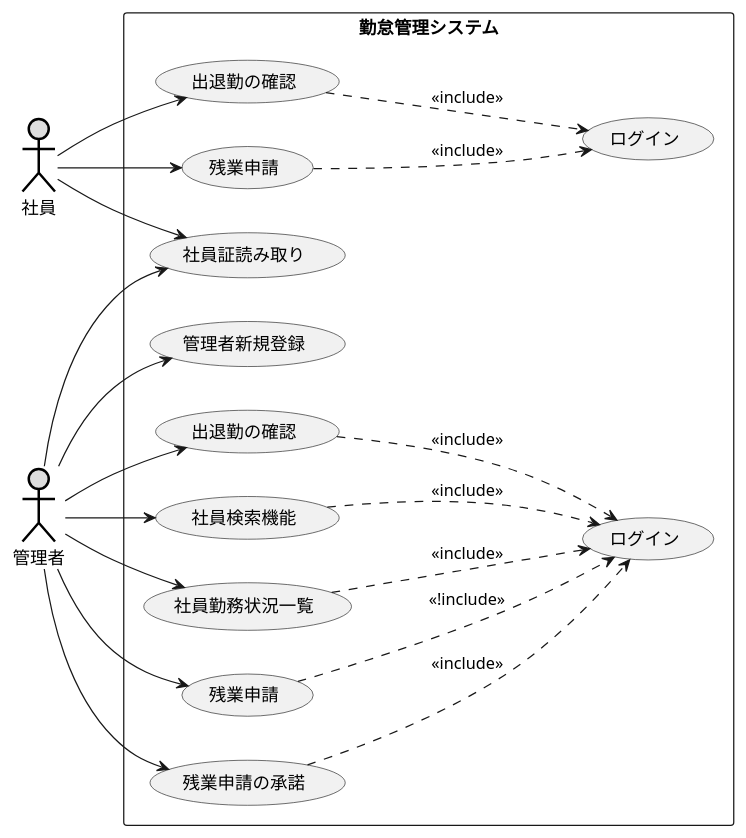
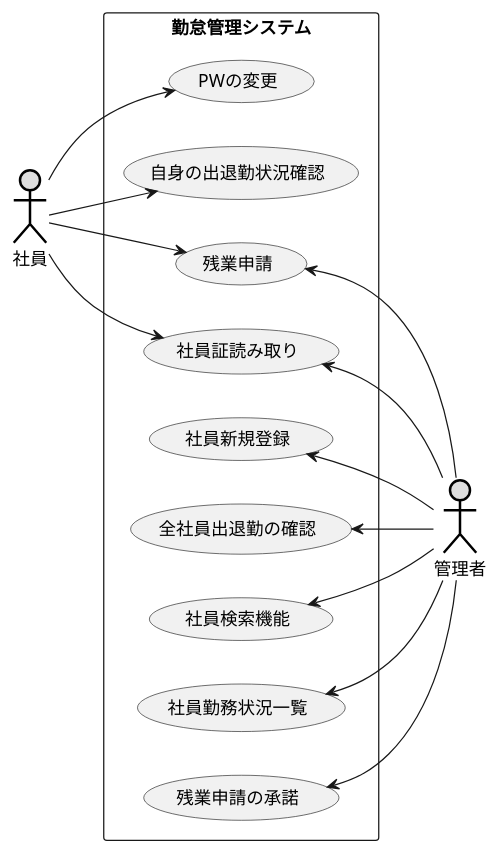
Before and after one commit to hosoya0503/uml-intro: the diagram in pro.pu, drawn with PlantUML.

Commit message:
勤怠管理更新

```diff
--- a/pro.pu
+++ b/pro.pu
@@ -1,40 +1,32 @@
 @startuml プロジェクト開発
 left to right direction
 actor 社員 #DDDDDD;line:black;line.bold;
 actor 管理者 #DDDDDD;line:black;line.bold;
 rectangle 勤怠管理システム {
 
-    usecase ログイン as 社員ログイン
-    usecase 出退勤の確認 as 社員用確認
-    usecase 残業申請 as 社員残業
+    usecase PWの変更
+    usecase 自身の出退勤状況確認
+    usecase 残業申請
     usecase 社員証読み取り
     
-    usecase ログイン as 管理者ログイン
-    usecase 管理者新規登録
-    usecase 出退勤の確認 as 管理者用確認
+    usecase 社員新規登録
+    usecase 全社員出退勤の確認
     usecase 社員検索機能
     usecase 社員勤務状況一覧
-    usecase 残業申請 as 管理者残業
     usecase 残業申請の承諾
 
 }
+社員 --> PWの変更
 社員 --> 社員証読み取り
-社員 --> 社員用確認
-社員用確認 --.> 社員ログイン: << include >>
-社員 --> 社員残業
-社員残業 --.> 社員ログイン: << include >>
+社員 --> 自身の出退勤状況確認
+社員 --> 残業申請
 
-管理者 --> 社員証読み取り
-管理者 --> 管理者新規登録
-管理者 --> 管理者用確認
-管理者用確認 --.> 管理者ログイン: << include >>
-管理者 --> 社員検索機能
-社員検索機能 --.> 管理者ログイン: << include >>
-管理者 --> 社員勤務状況一覧
-社員勤務状況一覧 --.> 管理者ログイン: << include >>
-管理者 --> 管理者残業
-管理者残業 --.> 管理者ログイン: << !include >>
-管理者 --> 残業申請の承諾
-残業申請の承諾 --.> 管理者ログイン: << include >>
+社員証読み取り <-- 管理者
+社員新規登録 <-- 管理者
+全社員出退勤の確認 <-- 管理者
+社員検索機能 <-- 管理者
+社員勤務状況一覧 <-- 管理者
+残業申請 <-- 管理者
+残業申請の承諾 <-- 管理者
 
 @enduml
```
